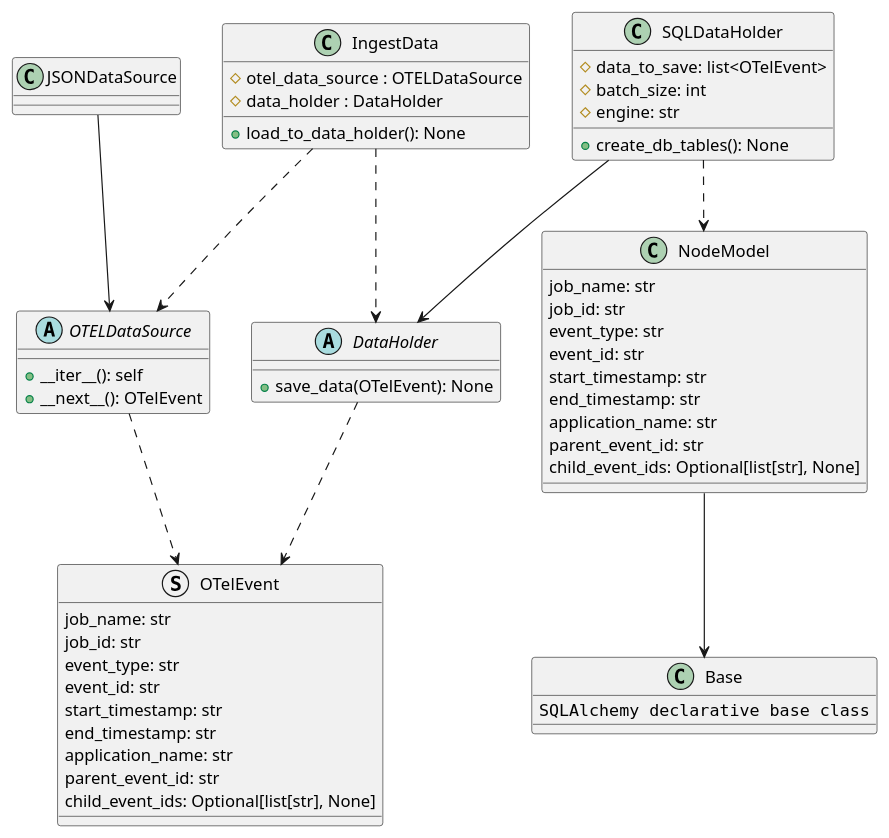
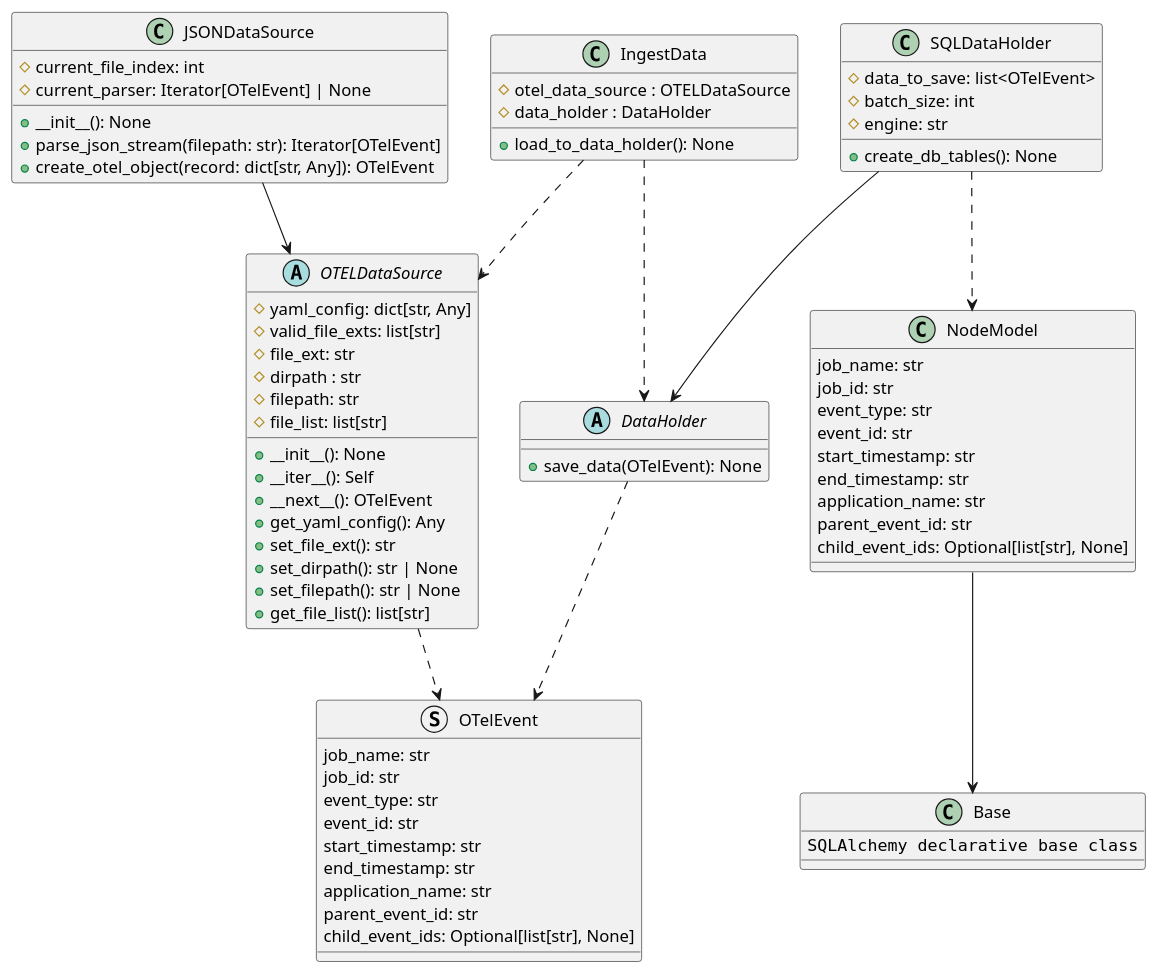
One commit to xtuml/otel2puml changed the diagram in docs/development/design/3-DN-Retrieving_unique_graphs_from_Otel_data/class_diagrams.puml. Above: the diagram before and after it, drawn with PlantUML. The commit also changed 2 other files, not shown here.

Commit message:
Update design note and class diagrams

```diff
--- a/docs/development/design/3-DN-Retrieving_unique_graphs_from_Otel_data/class_diagrams.puml
+++ b/docs/development/design/3-DN-Retrieving_unique_graphs_from_Otel_data/class_diagrams.puml
@@ -1,65 +1,83 @@
 @startuml
 
 struct OTelEvent {
     job_name: str
     job_id: str
     event_type: str
     event_id: str
     start_timestamp: str
     end_timestamp: str
     application_name: str
     parent_event_id: str
     child_event_ids: Optional[list[str], None]
 }
 
 abstract class OTELDataSource {
-    +__iter__(): self
+    #yaml_config: dict[str, Any]
+    #valid_file_exts: list[str]
+    #file_ext: str
+    #dirpath : str
+    #filepath: str
+    #file_list: list[str]
+    +__init__(): None
+    +__iter__(): Self
     +__next__(): OTelEvent
+    +get_yaml_config(): Any
+    +set_file_ext(): str
+    +set_dirpath(): str | None
+    +set_filepath(): str | None
+    +get_file_list(): list[str]
 }
 
-class JSONDataSource
+class JSONDataSource {
+    #current_file_index: int
+    #current_parser: Iterator[OTelEvent] | None
+    +__init__(): None
+    +parse_json_stream(filepath: str): Iterator[OTelEvent]
+    +create_otel_object(record: dict[str, Any]): OTelEvent
+}
 
 class SQLDataHolder {
     #data_to_save: list<OTelEvent>
     #batch_size: int
     #engine: str
     +create_db_tables(): None
 }
 
 class NodeModel {
     job_name: str
     job_id: str
     event_type: str
     event_id: str
     start_timestamp: str
     end_timestamp: str
     application_name: str
     parent_event_id: str
     child_event_ids: Optional[list[str], None]
 }
 
 class Base {
     ""SQLAlchemy declarative base class""
 }
 
 abstract class DataHolder {
     +save_data(OTelEvent): None
 }
 
 class IngestData {
     #otel_data_source : OTELDataSource
     #data_holder : DataHolder
     +load_to_data_holder(): None
 }
 
 IngestData ..> OTELDataSource
 IngestData ..> DataHolder
 OTELDataSource ..> OTelEvent
 JSONDataSource --> OTELDataSource
 SQLDataHolder --> DataHolder
 SQLDataHolder ..> NodeModel
 NodeModel --> Base
 DataHolder ..> OTelEvent
 
 
 @enduml
```
